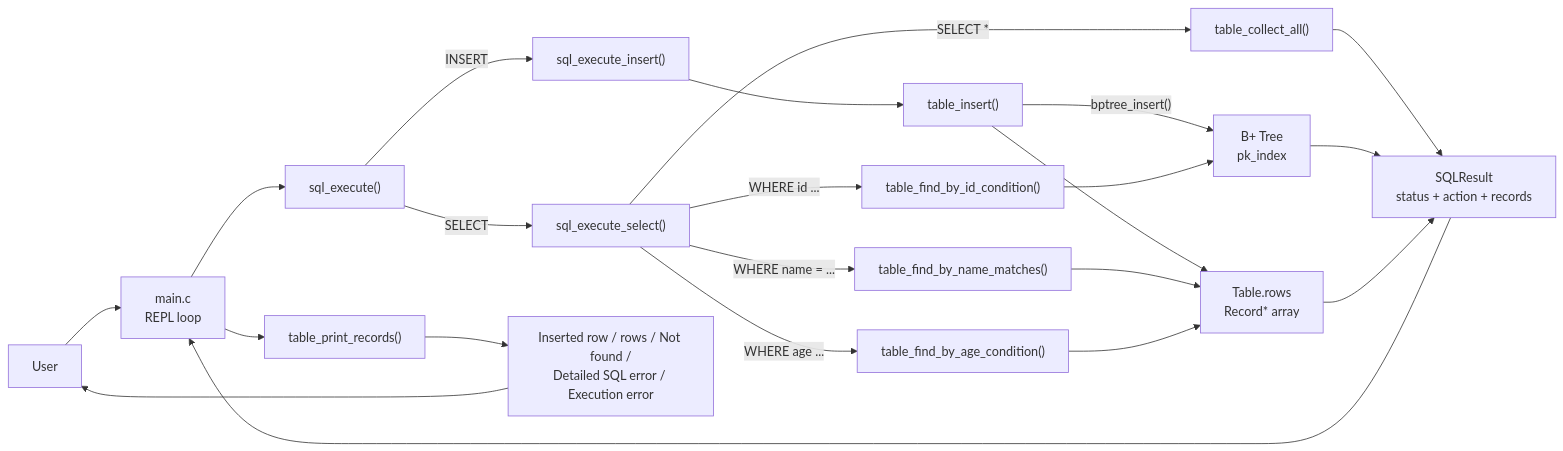
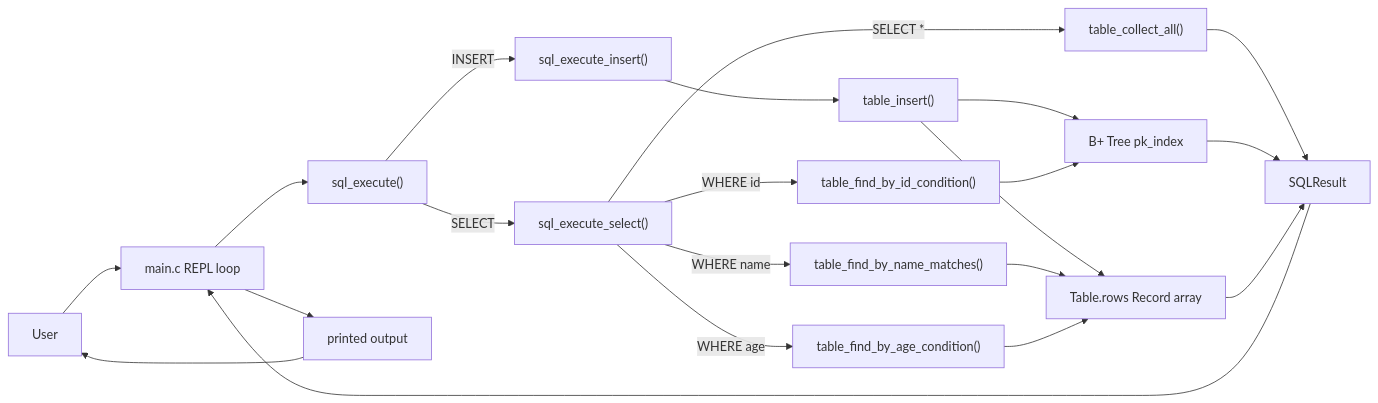
Before and after one commit to Jungle-12-303/week7-tem7-sql_processor_2: the diagram in docs/diagrams/system-context.mmd, drawn with Mermaid. The commit also changed 1 other file, not shown here.

Commit message:
docs: fix README system context diagram

```diff
--- a/docs/diagrams/system-context.mmd
+++ b/docs/diagrams/system-context.mmd
@@ -1,32 +1,42 @@
 flowchart LR
-    User["User"]
-    REPL["main.c\nREPL loop"]
+    User[User]
+    REPL["main.c REPL loop"]
     Exec["sql_execute()"]
     Insert["sql_execute_insert()"]
     Select["sql_execute_select()"]
     TableInsert["table_insert()"]
-    Rows["Table.rows\nRecord* array"]
-    Tree["B+ Tree\npk_index"]
     CollectAll["table_collect_all()"]
     IdCond["table_find_by_id_condition()"]
     NameCond["table_find_by_name_matches()"]
     AgeCond["table_find_by_age_condition()"]
-    Result["SQLResult\nstatus + action + records"]
-    Print["table_print_records()"]
-    Feedback["Inserted row / rows / Not found /\nDetailed SQL error / Execution error"]
+    Rows["Table.rows Record array"]
+    Tree["B+ Tree pk_index"]
+    Result["SQLResult"]
+    Output["printed output"]
 
-    User --> REPL --> Exec
-    Exec -->|"INSERT"| Insert --> TableInsert
+    User --> REPL
+    REPL --> Exec
+
+    Exec -->|INSERT| Insert
+    Insert --> TableInsert
     TableInsert --> Rows
-    TableInsert -->|"bptree_insert()"| Tree
+    TableInsert --> Tree
 
-    Exec -->|"SELECT"| Select
-    Select -->|"SELECT *"| CollectAll --> Result
-    Select -->|"WHERE id ..."| IdCond --> Tree
-    Select -->|"WHERE name = ..."| NameCond --> Rows
-    Select -->|"WHERE age ..."| AgeCond --> Rows
+    Exec -->|SELECT| Select
+    Select -->|SELECT *| CollectAll
+    CollectAll --> Result
 
+    Select -->|WHERE id| IdCond
+    IdCond --> Tree
     Tree --> Result
+
+    Select -->|WHERE name| NameCond
+    NameCond --> Rows
     Rows --> Result
+
+    Select -->|WHERE age| AgeCond
+    AgeCond --> Rows
+
     Result --> REPL
-    REPL --> Print --> Feedback --> User
+    REPL --> Output
+    Output --> User
```
